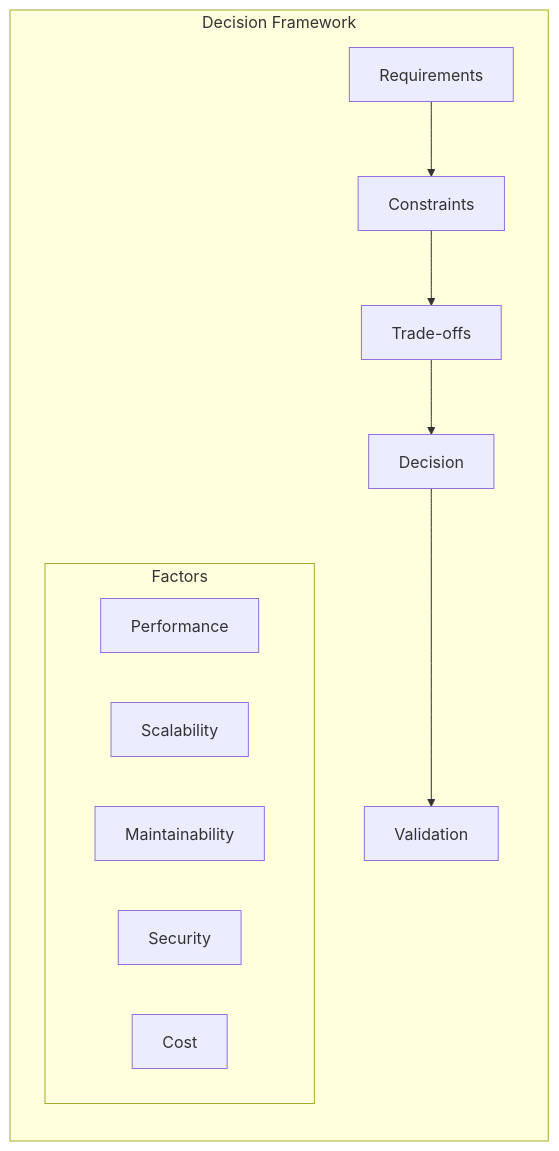
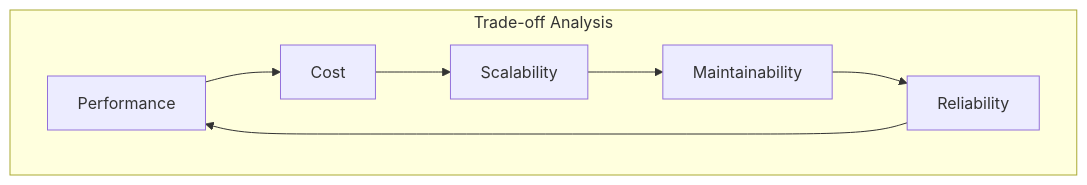
One commit to saravanakumarrc/Architecture_Journey changed the sixth of 7 diagrams in src/System_Design_Principles_and_Patterns.md. Above: the diagram before and after it, drawn with Mermaid. The commit also changed other lines of this file and 4 other files, not shown here.

````diff
--- a/src/System_Design_Principles_and_Patterns.md
+++ b/src/System_Design_Principles_and_Patterns.md
@@ -469,19 +218,10 @@
 ```mermaid
-flowchart TB
-    subgraph "Decision Framework"
-        direction TB
-        
-        R[Requirements] --> C[Constraints]
-        C --> T[Trade-offs]
-        T --> D[Decision]
-        D --> V[Validation]
-        
-        subgraph "Factors"
-            F1[Performance]
-            F2[Scalability]
-            F3[Maintainability]
-            F4[Security]
-            F5[Cost]
-        end
+graph TB
+    subgraph "Trade-off Analysis"
+        P[Performance] --> C[Cost]
+        C --> S[Scalability]
+        S --> M[Maintainability]
+        M --> R[Reliability]
+        R --> P
     end
 ```
````
